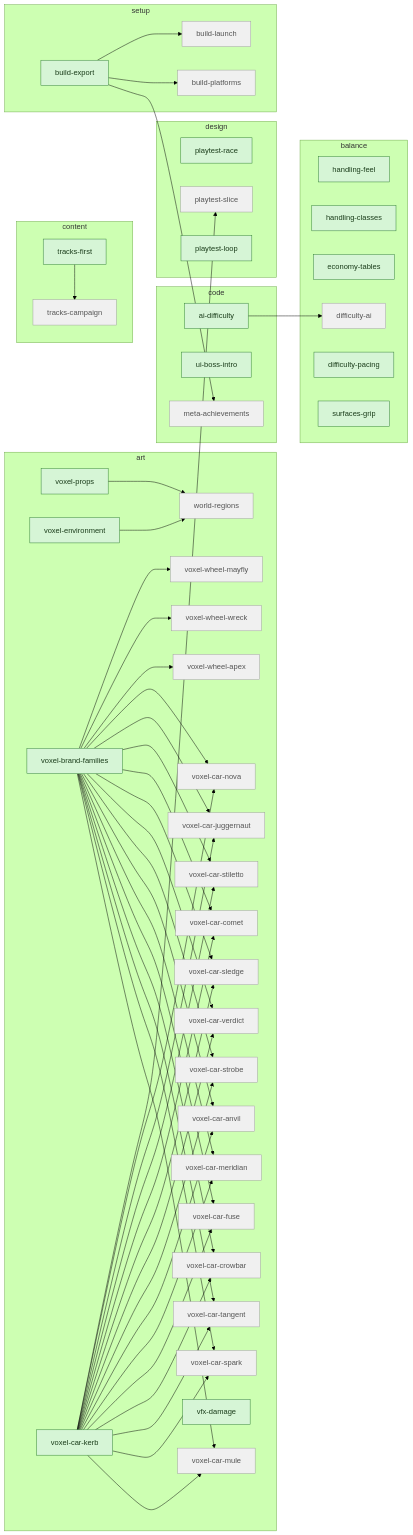
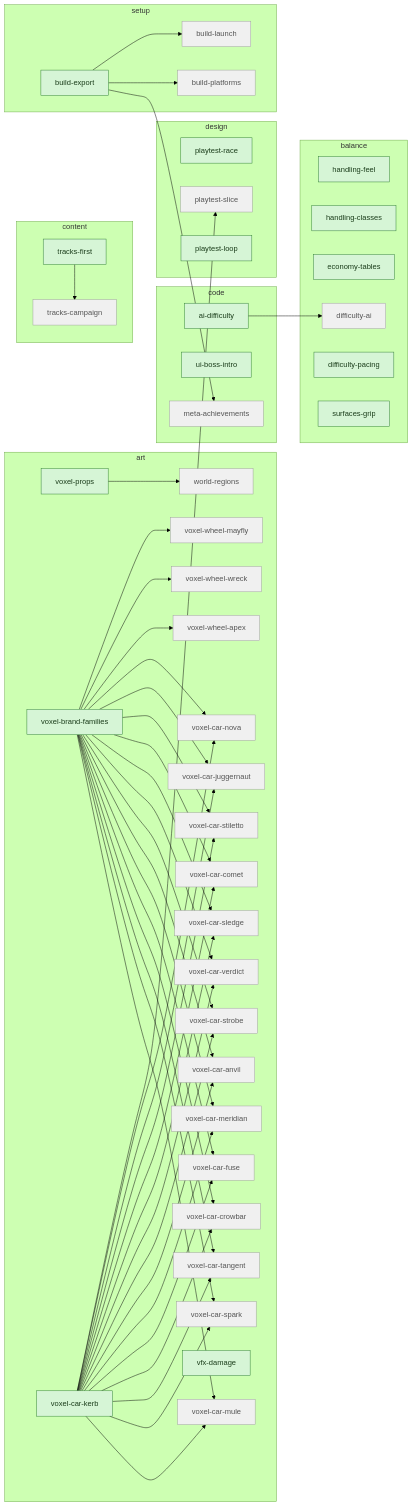
Before and after one commit to artemiiShabanov/RallyRivals: the third of 3 diagrams in STATUS.md, drawn with Mermaid (forest theme). The commit also changed other lines of this file and 1 other file, not shown here.

First line of the commit message:
Tasks: mark art-voxel-environment done

````diff
--- a/STATUS.md
+++ b/STATUS.md
@@ -117,7 +116,6 @@
   end
   subgraph art
     art_voxel_props["voxel-props"]
-    art_voxel_environment["voxel-environment"]
     art_voxel_brand_families["voxel-brand-families"]
     art_voxel_car_kerb["voxel-car-kerb"]
     art_voxel_car_mule["voxel-car-mule"]
@@ -195,7 +193,6 @@
   art_voxel_brand_families --> art_voxel_wheel_apex
   art_voxel_brand_families --> art_voxel_wheel_wreck
   art_voxel_brand_families --> art_voxel_wheel_mayfly
-  art_voxel_environment --> art_world_regions
   art_voxel_props --> art_world_regions
   code_ai_difficulty --> balance_difficulty_ai
   art_voxel_car_kerb --> design_playtest_slice
@@ -203,6 +200,6 @@
   setup_build_export --> setup_build_launch
   classDef avail fill:#d6f5d6,stroke:#2e7d32,color:#1b3d1b;
   classDef blocked fill:#f0f0f0,stroke:#9e9e9e,color:#555;
-  class code_ai_difficulty,code_ui_boss_intro,content_tracks_first,art_voxel_props,art_voxel_environment,art_voxel_brand_families,art_voxel_car_kerb,art_vfx_damage,balance_handling_feel,balance_handling_classes,balance_economy_tables,balance_difficulty_pacing,balance_surfaces_grip,design_playtest_race,design_playtest_loop,setup_build_export avail;
+  class code_ai_difficulty,code_ui_boss_intro,content_tracks_first,art_voxel_props,art_voxel_brand_families,art_voxel_car_kerb,art_vfx_damage,balance_handling_feel,balance_handling_classes,balance_economy_tables,balance_difficulty_pacing,balance_surfaces_grip,design_playtest_race,design_playtest_loop,setup_build_export avail;
   class code_meta_achievements,content_tracks_campaign,art_voxel_car_mule,art_voxel_car_spark,art_voxel_car_tangent,art_voxel_car_crowbar,art_voxel_car_fuse,art_voxel_car_meridian,art_voxel_car_anvil,art_voxel_car_strobe,art_voxel_car_verdict,art_voxel_car_sledge,art_voxel_car_comet,art_voxel_car_stiletto,art_voxel_car_juggernaut,art_voxel_car_nova,art_voxel_wheel_apex,art_voxel_wheel_wreck,art_voxel_wheel_mayfly,art_world_regions,balance_difficulty_ai,design_playtest_slice,setup_build_platforms,setup_build_launch blocked;
 ```
````
